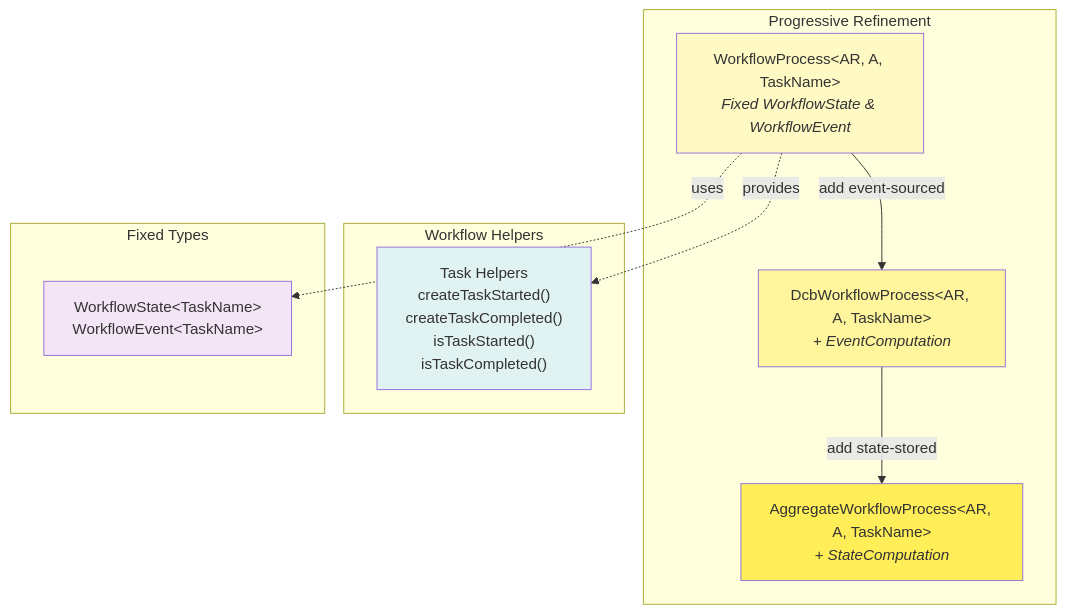
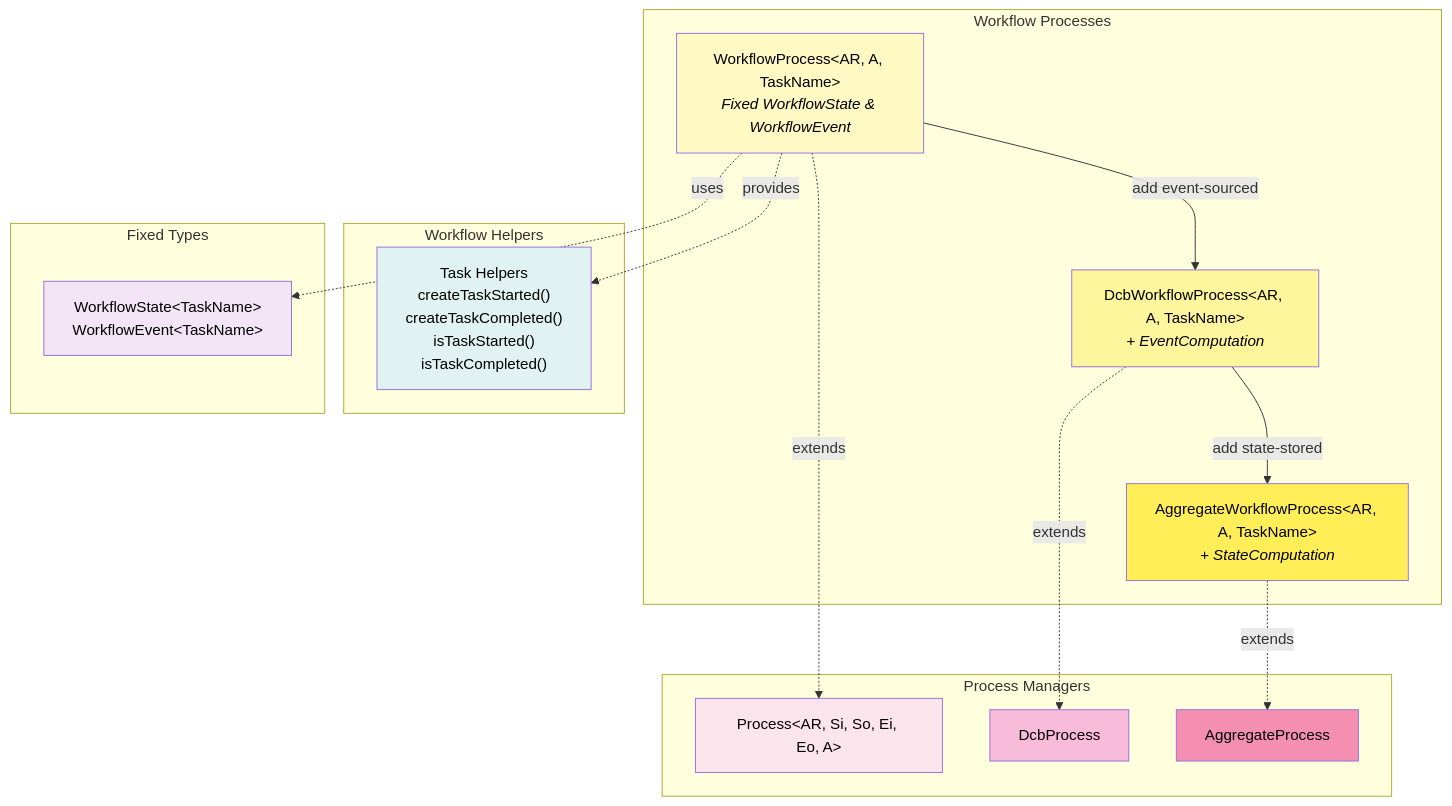
Before and after one commit to fraktalio/fmodel-decider: the third of 4 diagrams in README.md, drawn with Mermaid. The commit also changed other lines of this file, not shown here.

````diff
--- a/README.md
+++ b/README.md
@@ -1009,28 +1009,40 @@
 ```mermaid
 graph TB
-    subgraph "Progressive Refinement"
+    subgraph "Process Managers"
+        PR["Process&lt;AR, Si, So, Ei, Eo, A&gt;"]
+        DCBP["DcbProcess"]
+        AGGP["AggregateProcess"]
+    end
+    
+    subgraph "Workflow Processes"
         WP["WorkflowProcess&lt;AR, A, TaskName&gt;<br/><i>Fixed WorkflowState & WorkflowEvent</i>"]
         DCBWP["DcbWorkflowProcess&lt;AR, A, TaskName&gt;<br/><i>+ EventComputation</i>"]
         AGGWP["AggregateWorkflowProcess&lt;AR, A, TaskName&gt;<br/><i>+ StateComputation</i>"]
         
         WP -->|"add event-sourced"| DCBWP
         DCBWP -->|"add state-stored"| AGGWP
     end
     
     subgraph "Workflow Helpers"
         TH["Task Helpers<br/>createTaskStarted()<br/>createTaskCompleted()<br/>isTaskStarted()<br/>isTaskCompleted()"]
     end
     
     subgraph "Fixed Types"
         FT["WorkflowState&lt;TaskName&gt;<br/>WorkflowEvent&lt;TaskName&gt;"]
     end
     
+    WP -.->|"extends"| PR
+    DCBWP -.->|"extends"| DCBP
+    AGGWP -.->|"extends"| AGGP
     WP -.->|"provides"| TH
     WP -.->|"uses"| FT
     
-    style WP fill:#fff9c4
-    style DCBWP fill:#fff59d
-    style AGGWP fill:#ffee58
-    style TH fill:#e0f2f1
-    style FT fill:#f3e5f5
+    style WP fill:#fff9c4,color:#000
+    style DCBWP fill:#fff59d,color:#000
+    style AGGWP fill:#ffee58,color:#000
+    style PR fill:#fce4ec,color:#000
+    style DCBP fill:#f8bbd9,color:#000
+    style AGGP fill:#f48fb1,color:#000
+    style TH fill:#e0f2f1,color:#000
+    style FT fill:#f3e5f5,color:#000
 ```
````
